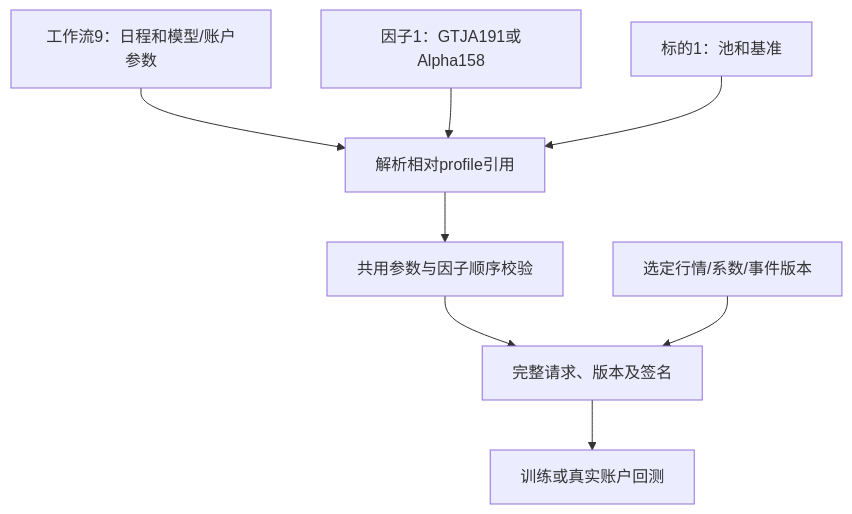
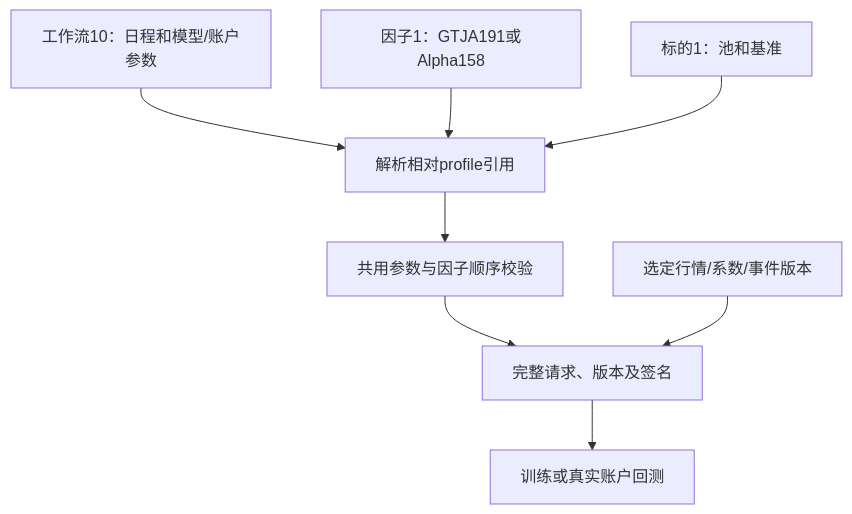
Before and after one commit to Dennishaha/JFQuant: the diagram in crates/workflow/templates/README.md, drawn with Mermaid. The commit also changed other lines of this file and 97 other files, not shown here.

````diff
--- a/crates/workflow/templates/README.md
+++ b/crates/workflow/templates/README.md
@@ -15,10 +15,10 @@
 ```mermaid
 flowchart TD
-  W[工作流9：日程和模型/账户参数] --> RESOLVE[解析相对profile引用]
+  W[工作流10：日程和模型/账户参数] --> RESOLVE[解析相对profile引用]
   F[因子1：GTJA191或Alpha158] --> RESOLVE
   U[标的1：池和基准] --> RESOLVE
   RESOLVE --> VALIDATE[共用参数与因子顺序校验]
   VALIDATE --> FREEZE[完整请求、版本及签名]
   DATA[选定行情/系数/事件版本] --> FREEZE
   FREEZE --> RUN[训练或真实账户回测]
 ```
````
